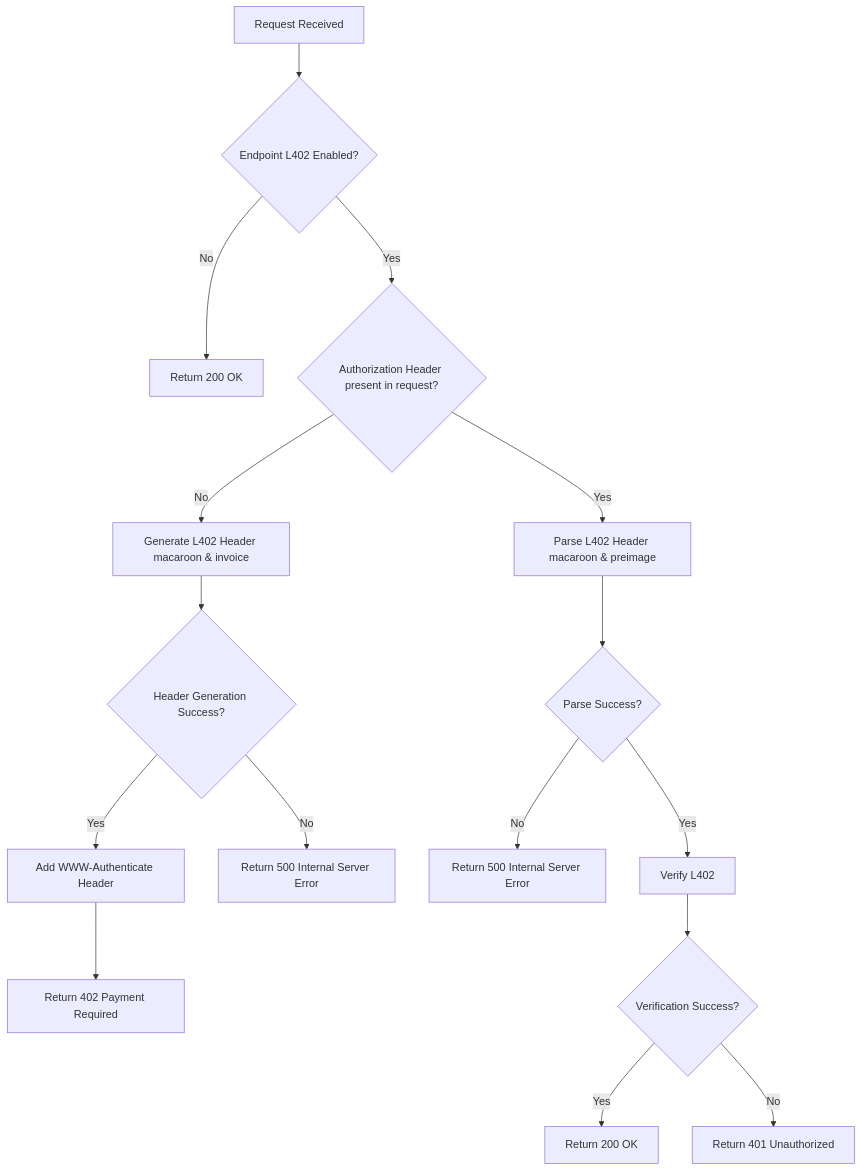
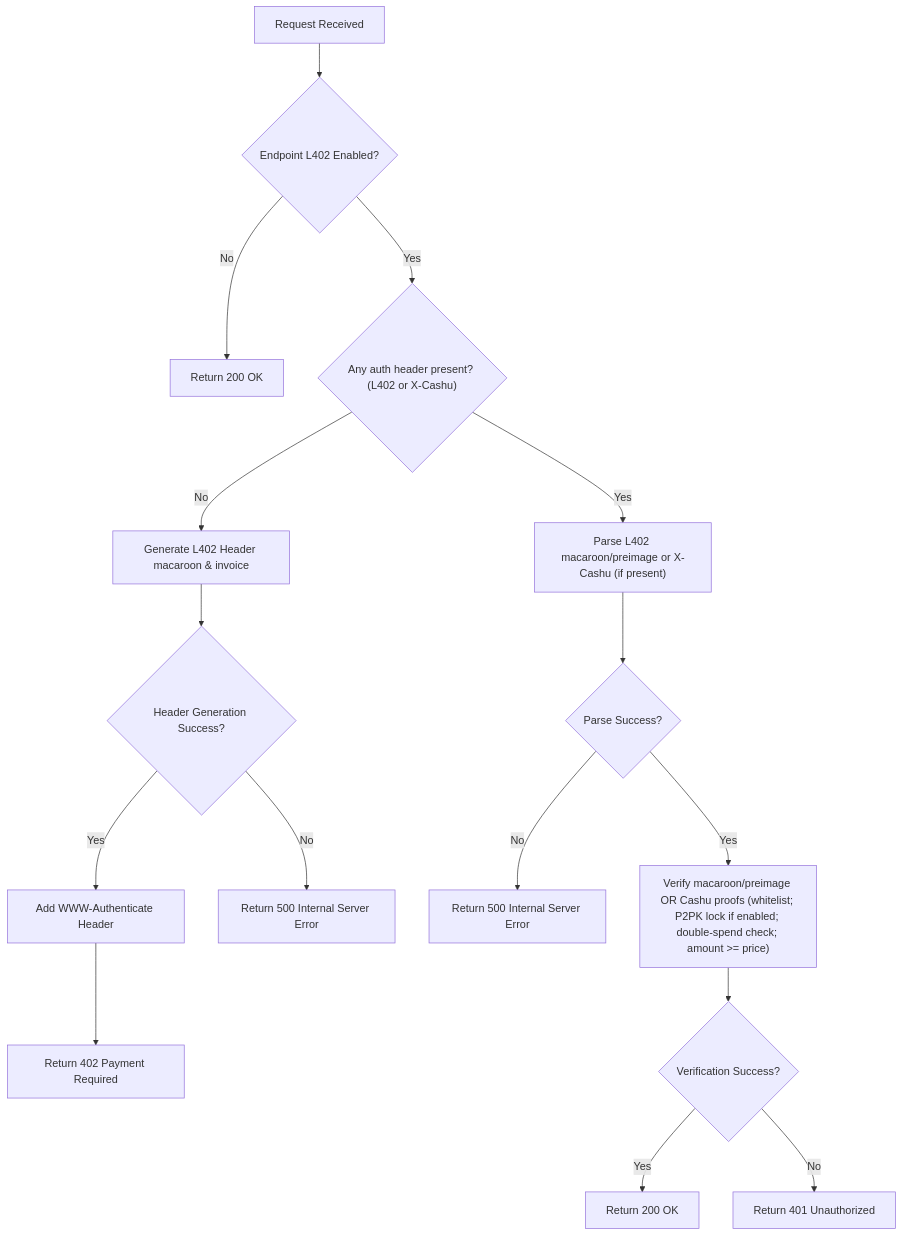
Before and after one commit to DhananjayPurohit/ngx_l402: the diagram in README.md, drawn with Mermaid. The commit also changed 1 other file, not shown here.

Commit message:
docs: update mermaid diagram and remove obsolete experimental flag (#65)
- Update mermaid diagram to reflect X-Cashu authentication support
- Add detailed Cashu proof verification steps in flow diagram
- Remove obsolete --experimental-offers flag from CLN v25.05 config

````diff
--- a/README.md
+++ b/README.md
@@ -7,18 +7,18 @@
 ```mermaid
 graph TD;
     A[Request Received] --> B{Endpoint L402 Enabled?}
     B -->|No| C[Return 200 OK]
-    B -->|Yes| D{Authorization Header present in request?}
+    B -->|Yes| D{"Any auth header present? (L402 or X-Cashu)"}
     D -->|No| F[Generate L402 Header macaroon & invoice]
     F --> G{Header Generation Success?}
     G -->|Yes| H[Add WWW-Authenticate Header]
     G -->|No| I[Return 500 Internal Server Error]
     H --> J[Return 402 Payment Required]
-    D -->|Yes| K[Parse L402 Header macaroon & preimage]
+    D -->|Yes| K["Parse L402 macaroon/preimage or X-Cashu (if present)"]
     K --> L{Parse Success?}
     L -->|No| M[Return 500 Internal Server Error]
-    L -->|Yes| N[Verify L402]
+    L -->|Yes| N["Verify macaroon/preimage OR Cashu proofs (whitelist; P2PK lock if enabled; double-spend check; amount >= price)"]
     N --> O{Verification Success?}
     O -->|Yes| P[Return 200 OK]
     O -->|No| Q[Return 401 Unauthorized]
 ```
````
